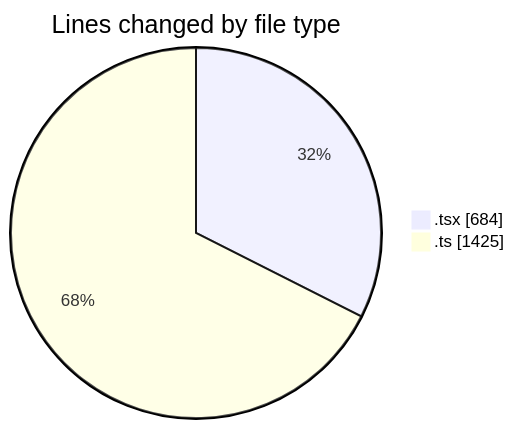
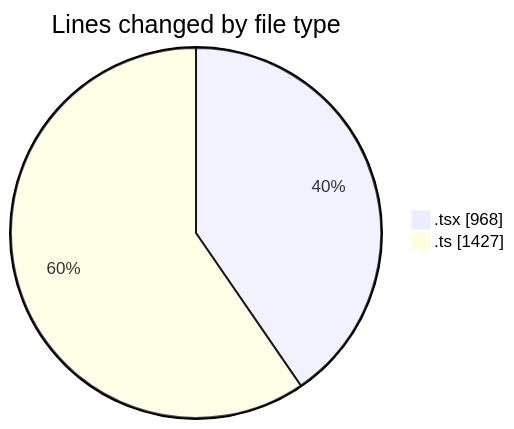
One commit to julien-gomy/code-tracking changed the first of 2 diagrams in 2025-10-14/eventscop-frontend-guide__workspace_/README.md. Above: the diagram before and after it, drawn with Mermaid. The commit also changed other lines of this file and 1 other file, not shown here.

````diff
--- a/2025-10-14/eventscop-frontend-guide__workspace_/README.md
+++ b/2025-10-14/eventscop-frontend-guide__workspace_/README.md
@@ -35,6 +36,6 @@
 ```mermaid
 pie showData
 title Lines changed by file type
-".tsx" : 684
-".ts" : 1425
+".tsx" : 968
+".ts" : 1427
 ```
````
